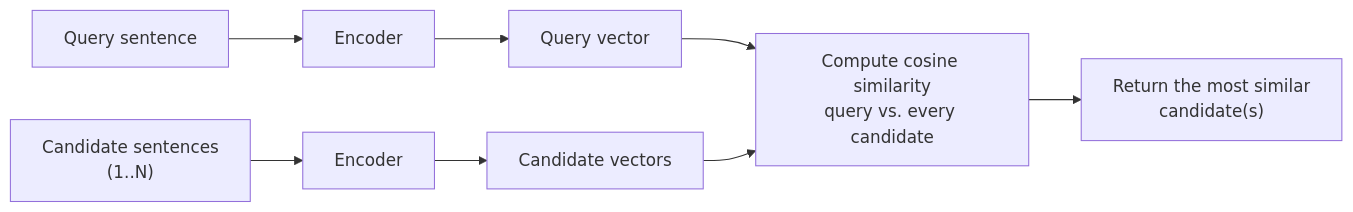
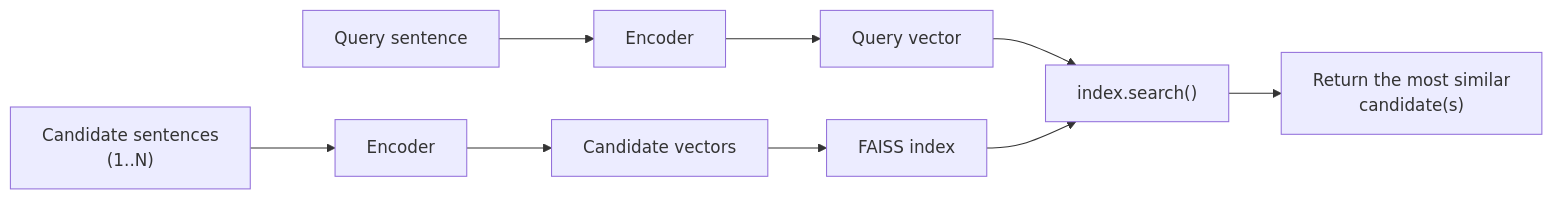
One commit to lokumai/staj-2026-alper changed the third of 3 diagrams in logs/w3.5/w3.5_tasks.md. Above: the diagram before and after it, drawn with Mermaid. The commit also changed other lines of this file, not shown here.

First line of the commit message:
Fix Week 3.5: use HF Hub + FAISS instead of raw TensorFlow tooling

````diff
--- a/logs/w3.5/w3.5_tasks.md
+++ b/logs/w3.5/w3.5_tasks.md
@@ -95,10 +101,11 @@
 ```mermaid
 flowchart LR
     Q["Query sentence"] --> EQ["Encoder"]
     D["Candidate sentences\n(1..N)"] --> ED["Encoder"]
     EQ --> VQ["Query vector"]
     ED --> VD["Candidate vectors"]
-    VQ --> S["Compute cosine similarity\nquery vs. every candidate"]
-    VD --> S
+    VD --> IDX["FAISS index"]
+    VQ --> S["index.search()"]
+    IDX --> S
     S --> R["Return the most similar\ncandidate(s)"]
 ```
````
